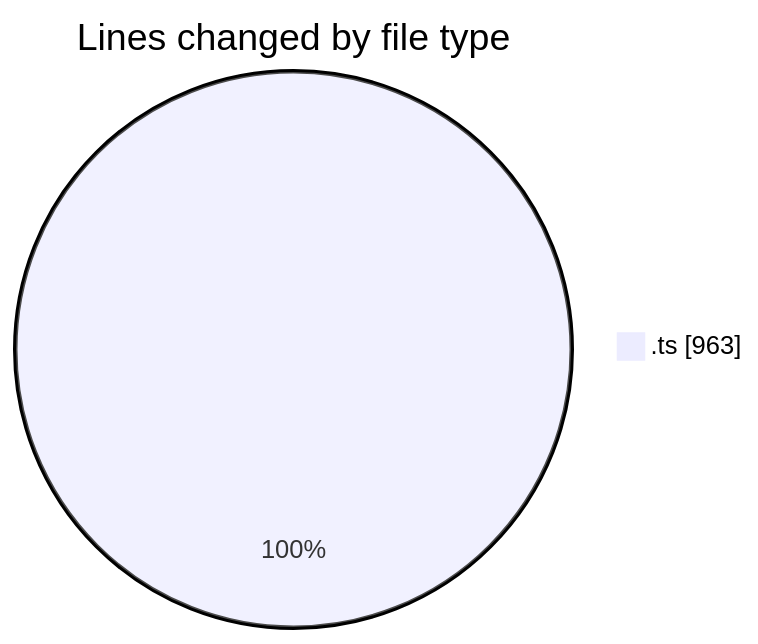
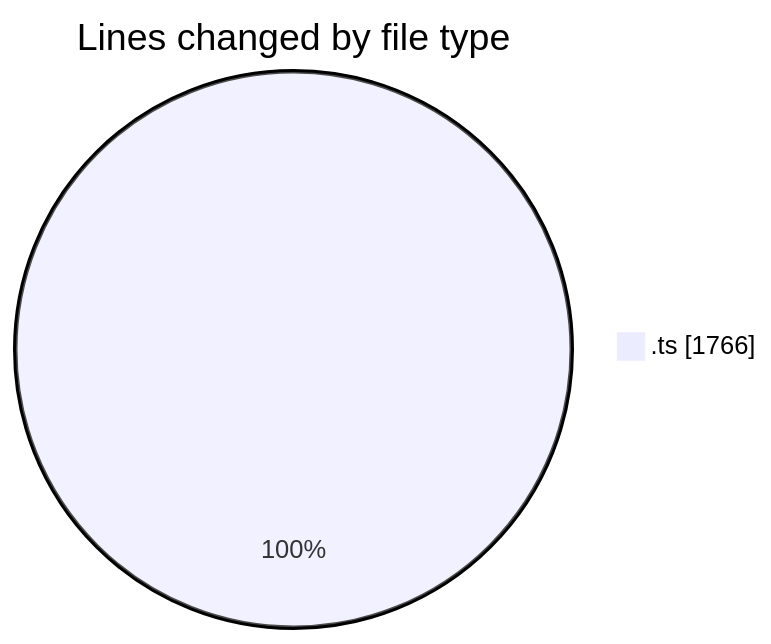
One commit to nxtqubesakshisongat/code-tracking changed the first of 2 diagrams in 2026-03-13/nxtqube_webapp/README.md. Above: the diagram before and after it, drawn with Mermaid. The commit also changed other lines of this file and 1 other file, not shown here.

````diff
--- a/2026-03-13/nxtqube_webapp/README.md
+++ b/2026-03-13/nxtqube_webapp/README.md
@@ -20,5 +20,5 @@
 ```mermaid
 pie showData
 title Lines changed by file type
-".ts" : 963
+".ts" : 1766
 ```
````
